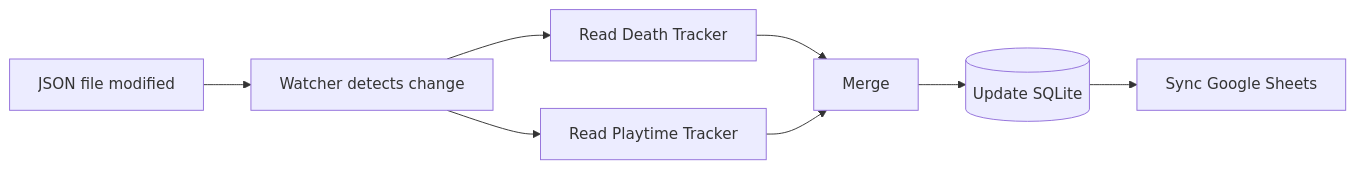
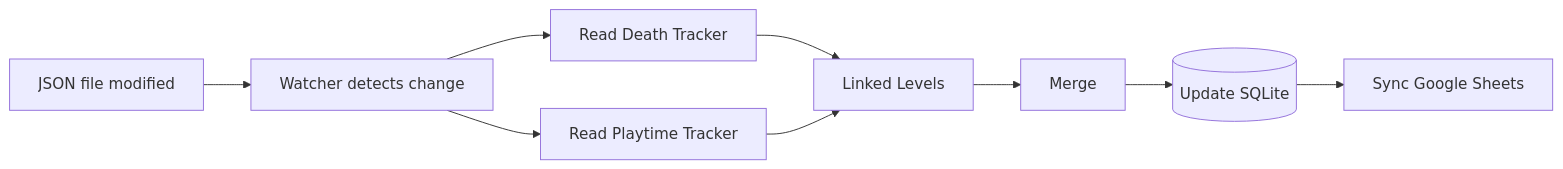
One commit to LeviTemoteo/gd-Pipeline changed the second of 3 diagrams in docs/architecture.md. Above: the diagram before and after it, drawn with Mermaid. The commit also changed other lines of this file, not shown here.

First line of the commit message:
Enhance architecture.md with linked levels info

````diff
--- a/docs/architecture.md
+++ b/docs/architecture.md
@@ -59,25 +59,28 @@
 ```mermaid
 flowchart LR
 
 A[JSON file modified]
 
 B[Watcher detects change]
 
 C[Read Death Tracker]
 
 D[Read Playtime Tracker]
 
-E[Merge]
+E[Linked Levels]
+
+F[Merge]
 
 DB[(Update SQLite)]
 
 G[Sync Google Sheets]
 
 A --> B
 B --> C
 B --> D
 C --> E
 D --> E
-E --> DB
+E --> F
+F --> DB
 DB --> G
 ```
````
